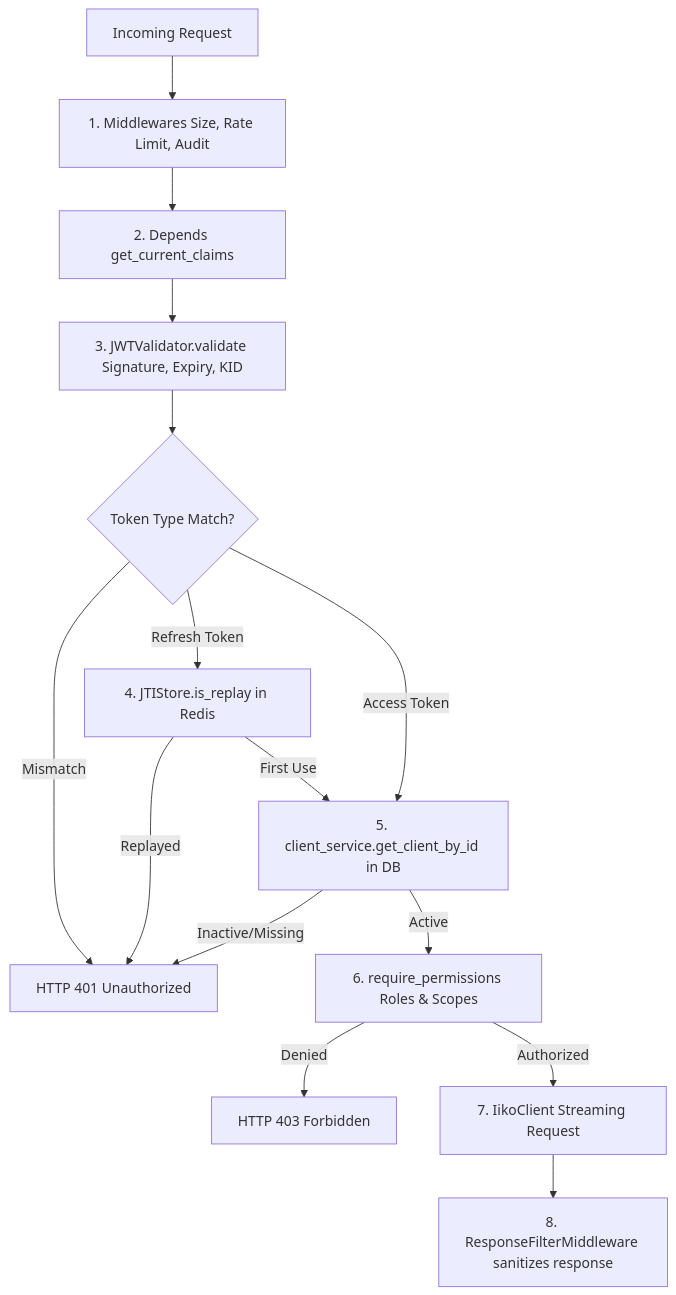
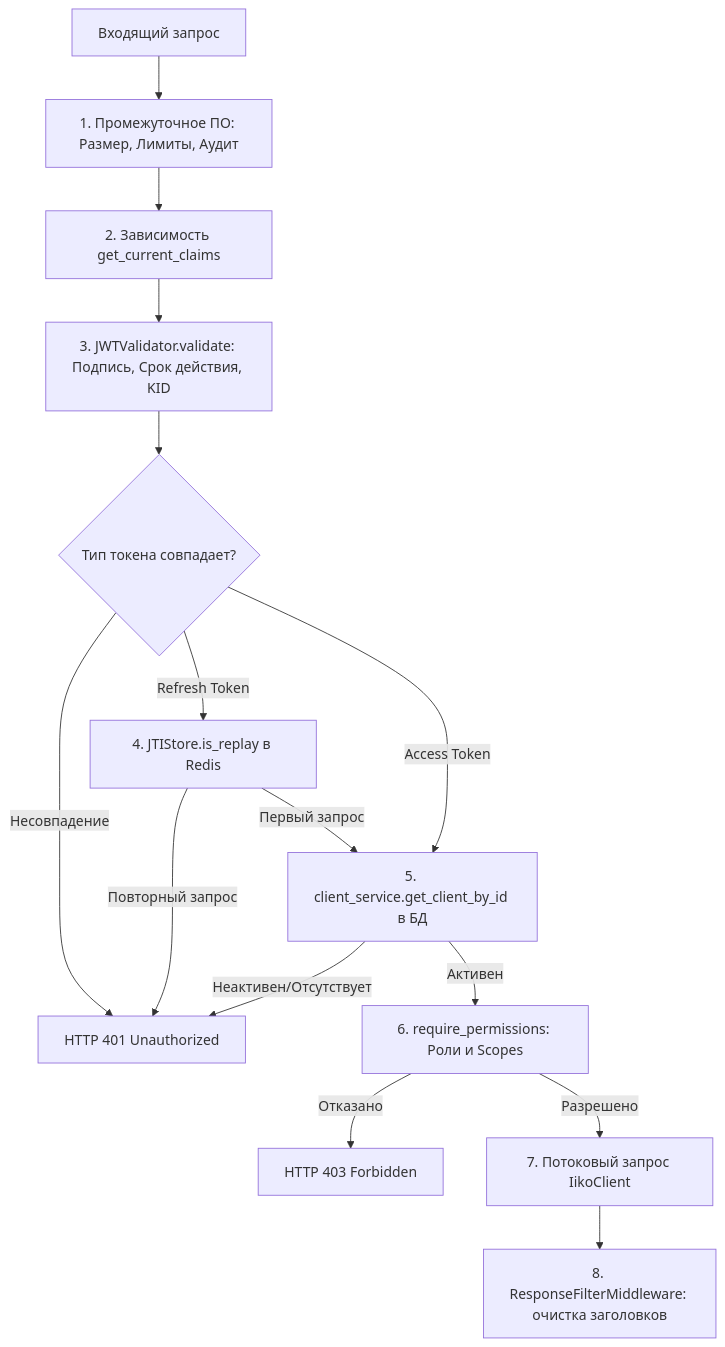
One commit to sanzhartech/iiko-Secure-API-Gateway--ISAG changed the diagram in backend/CODE_STRUCTURE.md. Above: the diagram before and after it, drawn with Mermaid. The commit also changed other lines of this file and 16 other files, not shown here.

Commit message:
docs: update project documentation and add backend architectural specifications and context files

````diff
--- a/backend/CODE_STRUCTURE.md
+++ b/backend/CODE_STRUCTURE.md
@@ -53,21 +53,21 @@
 ```mermaid
 graph TD
-    Request[Incoming Request] --> Middleware[1. Middlewares Size, Rate Limit, Audit]
-    Middleware --> DepAuth[2. Depends get_current_claims]
-    DepAuth --> ValJWT[3. JWTValidator.validate Signature, Expiry, KID]
-    ValJWT --> CheckType{Token Type Match?}
+    Request[Входящий запрос] --> Middleware[1. Промежуточное ПО: Размер, Лимиты, Аудит]
+    Middleware --> DepAuth[2. Зависимость get_current_claims]
+    DepAuth --> ValJWT[3. JWTValidator.validate: Подпись, Срок действия, KID]
+    ValJWT --> CheckType{Тип токена совпадает?}
     
-    CheckType -- Mismatch --> Reject[HTTP 401 Unauthorized]
-    CheckType -- Refresh Token --> CheckJTI[4. JTIStore.is_replay in Redis]
-    CheckJTI -- Replayed --> Reject
+    CheckType -- Несовпадение --> Reject[HTTP 401 Unauthorized]
+    CheckType -- Refresh Token --> CheckJTI[4. JTIStore.is_replay в Redis]
+    CheckJTI -- Повторный запрос --> Reject
     
-    CheckType -- Access Token --> VerifyClient[5. client_service.get_client_by_id in DB]
-    CheckJTI -- First Use --> VerifyClient
+    CheckType -- Access Token --> VerifyClient[5. client_service.get_client_by_id в БД]
+    CheckJTI -- Первый запрос --> VerifyClient
     
-    VerifyClient -- Inactive/Missing --> Reject
-    VerifyClient -- Active --> VerifyRBAC[6. require_permissions Roles & Scopes]
+    VerifyClient -- Неактивен/Отсутствует --> Reject
+    VerifyClient -- Активен --> VerifyRBAC[6. require_permissions: Роли и Scopes]
     
-    VerifyRBAC -- Denied --> Forbidden[HTTP 403 Forbidden]
-    VerifyRBAC -- Authorized --> Proxy[7. IikoClient Streaming Request]
-    Proxy --> Filter[8. ResponseFilterMiddleware sanitizes response]
+    VerifyRBAC -- Отказано --> Forbidden[HTTP 403 Forbidden]
+    VerifyRBAC -- Разрешено --> Proxy[7. Потоковый запрос IikoClient]
+    Proxy --> Filter[8. ResponseFilterMiddleware: очистка заголовков]
 ```
````
